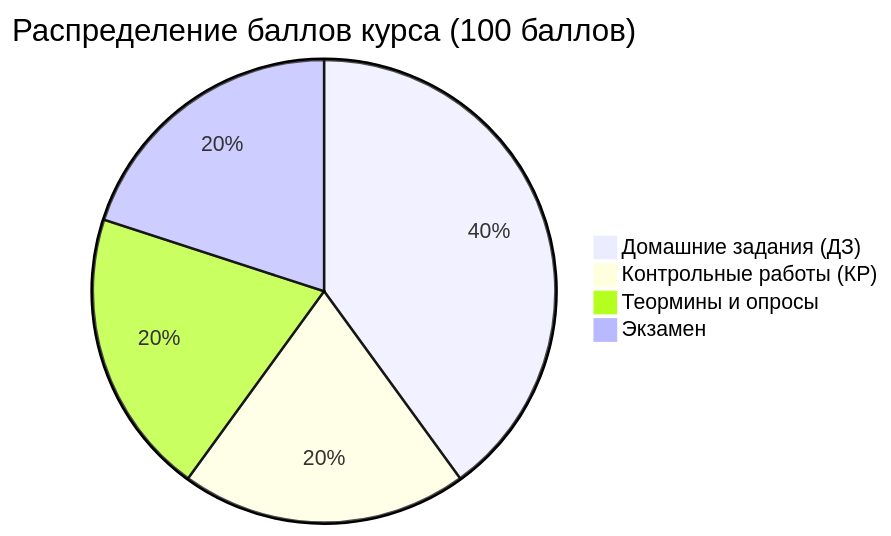
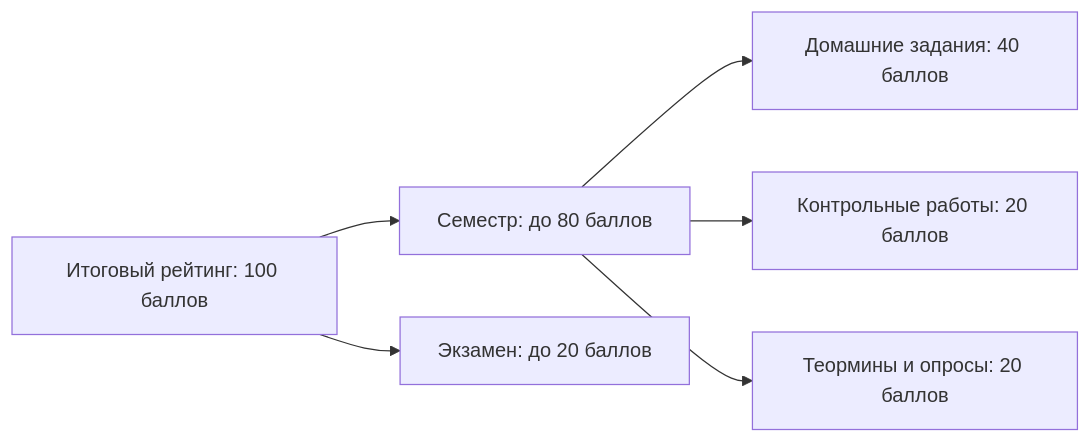
The second of 2 diagrams in ДМ/Дискретная математика вводная лекция.md (bprm60-del/ITMO_IS_lectory), drawn with Mermaid before and after one commit. The commit also changed other lines of this file and 4 other files, not shown here.

````diff
--- a/ДМ/Дискретная математика вводная лекция.md
+++ b/ДМ/Дискретная математика вводная лекция.md
@@ -29,7 +23,8 @@
 ```mermaid
-pie title Распределение баллов курса (100 баллов)
-    "Домашние задания (ДЗ)": 40
-    "Контрольные работы (КР)": 20
-    "Теормины и опросы": 20
-    "Экзамен": 20
+graph LR
+    Total["Итоговый рейтинг: 100 баллов"] --> Sem["Семестр: до 80 баллов"]
+    Total --> Exam["Экзамен: до 20 баллов"]
+    Sem --> DZ["Домашние задания: 40 баллов"]
+    Sem --> KR["Контрольные работы: 20 баллов"]
+    Sem --> TM["Теормины и опросы: 20 баллов"]
 ```
````
